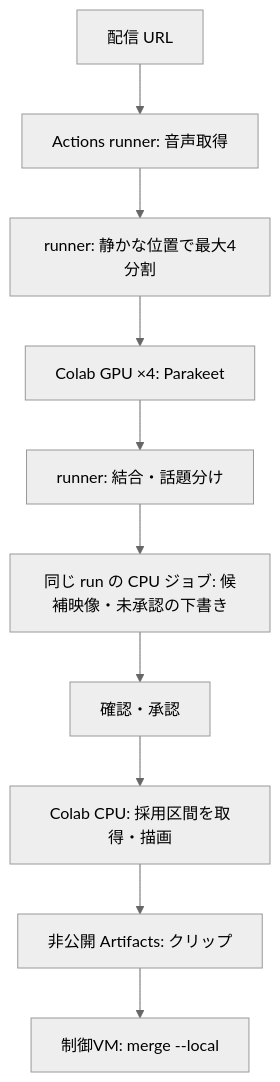
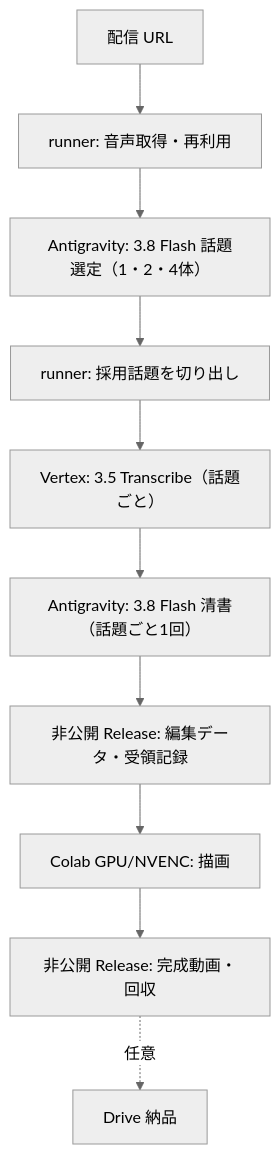
Before and after one commit to nyu1791-collab/ClipForge: the diagram in docs/ARCHITECTURE.md, drawn with Mermaid (neutral theme). The commit also changed other lines of this file and 18 other files, not shown here.

````diff
--- a/docs/ARCHITECTURE.md
+++ b/docs/ARCHITECTURE.md
@@ -3,12 +3,12 @@
 ```mermaid
 flowchart TD
-  URL[配信 URL] --> AUDIO[Actions runner: 音声取得]
-  AUDIO --> SPLIT[runner: 静かな位置で最大4分割]
-  SPLIT --> GPU[Colab GPU ×4: Parakeet]
-  GPU --> MERGE[runner: 結合・話題分け]
-  MERGE --> PREV[同じ run の CPU ジョブ: 候補映像・未承認の下書き]
-  PREV --> REVIEW[確認・承認]
-  REVIEW --> RENDER[Colab CPU: 採用区間を取得・描画]
-  RENDER --> PARTS[非公開 Artifacts: クリップ]
-  PARTS --> LOCAL[制御VM: merge --local]
+  URL[配信 URL] --> ACQ[runner: 音声取得・再利用]
+  ACQ --> UND[Antigravity: 3.8 Flash 話題選定（1・2・4体）]
+  UND --> CUT[runner: 採用話題を切り出し]
+  CUT --> TR[Vertex: 3.5 Transcribe（話題ごと）]
+  TR --> CLN[Antigravity: 3.8 Flash 清書（話題ごと1回）]
+  CLN --> REL[非公開 Release: 編集データ・受領記録]
+  REL --> RND[Colab GPU/NVENC: 描画]
+  RND --> OUT[非公開 Release: 完成動画・回収]
+  OUT -.任意.-> DRV[Drive 納品]
 ```
````
